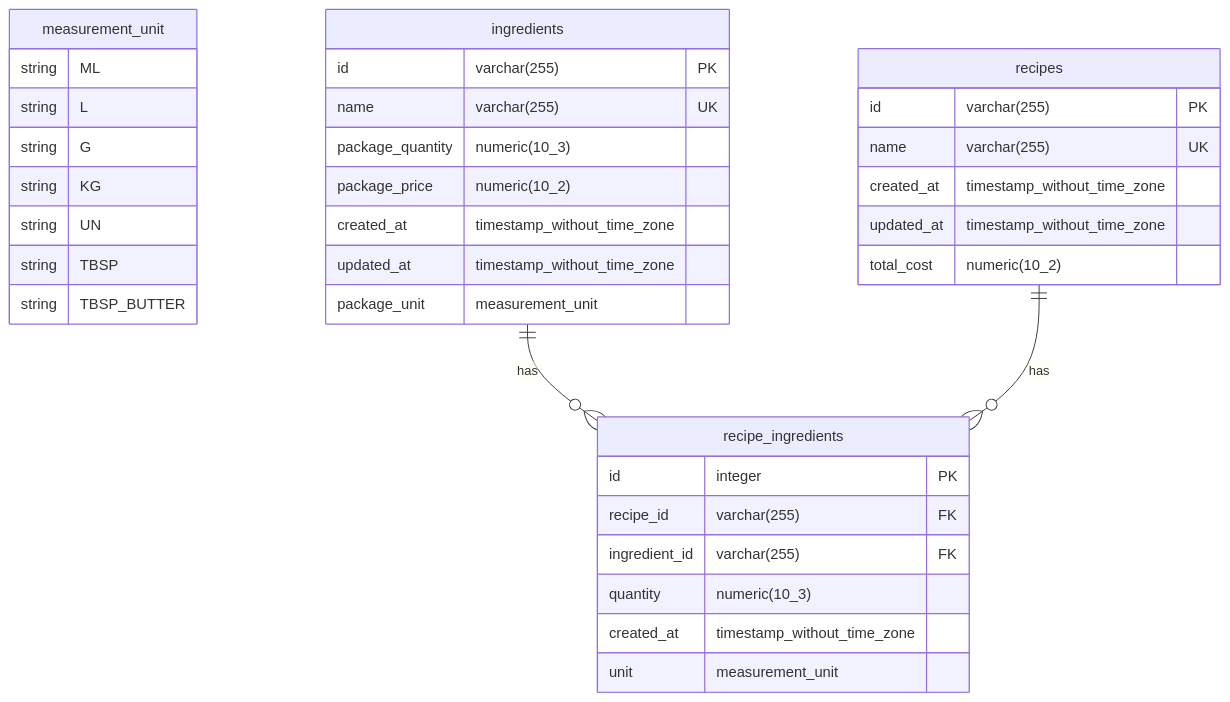
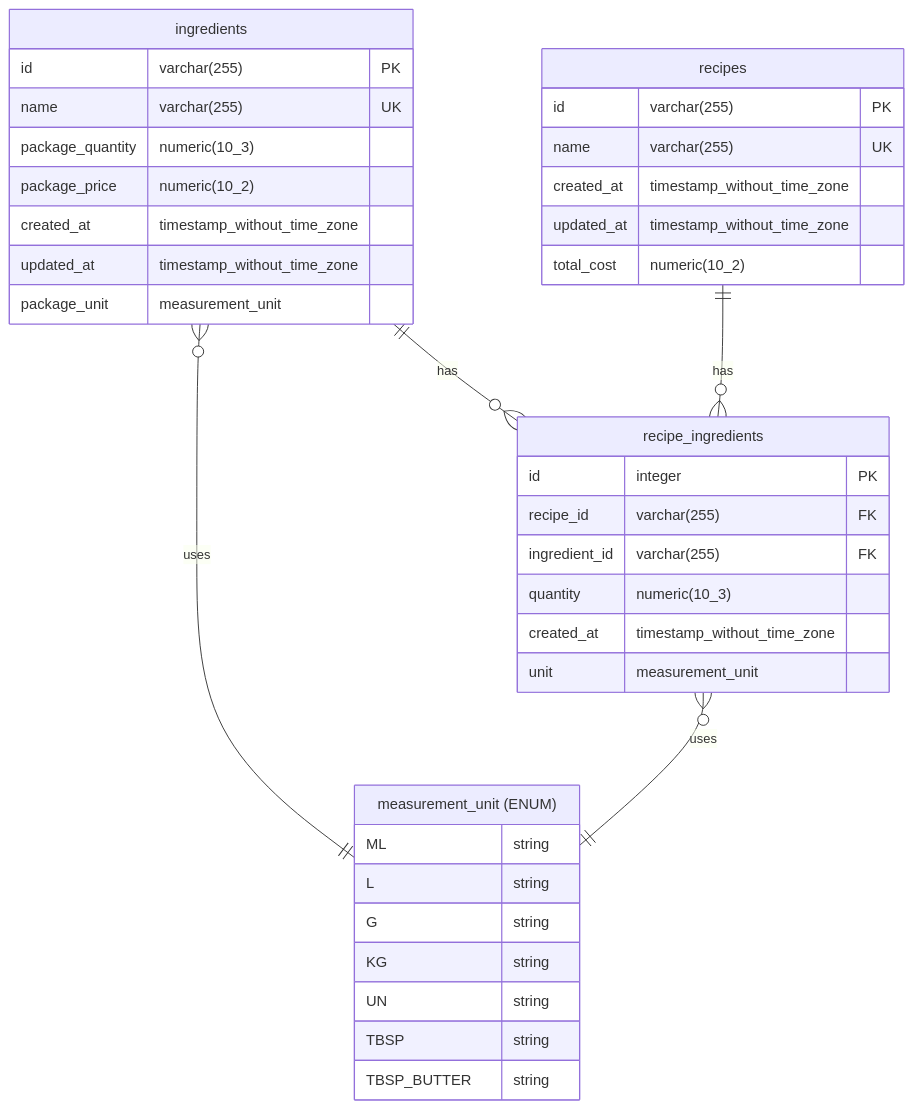
The diagram in docs/database-er-diagram.mmd (ViniciusDev26/costify), drawn with Mermaid before and after one commit. The commit also changed 2 other files, not shown here.

Commit message:
🏷️ add (ENUM) label to ENUM entities in diagram
- Add "(ENUM)" suffix to ENUM entity names for clear identification
- Update relationships to use the labeled name
- Format: "measurement_unit (ENUM)" instead of just "measurement_unit"

Visual distinction helps identify ENUMs from regular tables at a glance.

🤖 Generated with [Claude Code](https://claude.ai/code)

```diff
--- a/docs/database-er-diagram.mmd
+++ b/docs/database-er-diagram.mmd
@@ -1,41 +1,44 @@
 erDiagram
 
-    measurement_unit {
-        string ML
-        string L
-        string G
-        string KG
-        string UN
-        string TBSP
-        string TBSP_BUTTER
+    "measurement_unit (ENUM)" {
+        ML string
+        L string
+        G string
+        KG string
+        UN string
+        TBSP string
+        TBSP_BUTTER string
     }
 
     ingredients {
         id varchar(255) PK
         name varchar(255) UK
         package_quantity numeric(10_3)
         package_price numeric(10_2)
         created_at timestamp_without_time_zone
         updated_at timestamp_without_time_zone
         package_unit measurement_unit
     }
 
     recipe_ingredients {
         id integer PK
         recipe_id varchar(255) FK
         ingredient_id varchar(255) FK
         quantity numeric(10_3)
         created_at timestamp_without_time_zone
         unit measurement_unit
     }
 
     recipes {
         id varchar(255) PK
         name varchar(255) UK
         created_at timestamp_without_time_zone
         updated_at timestamp_without_time_zone
         total_cost numeric(10_2)
     }
 
     ingredients ||--o{ recipe_ingredients : "has"
     recipes ||--o{ recipe_ingredients : "has"
+
+    ingredients }o--|| "measurement_unit (ENUM)" : "uses"
+    recipe_ingredients }o--|| "measurement_unit (ENUM)" : "uses"
```
